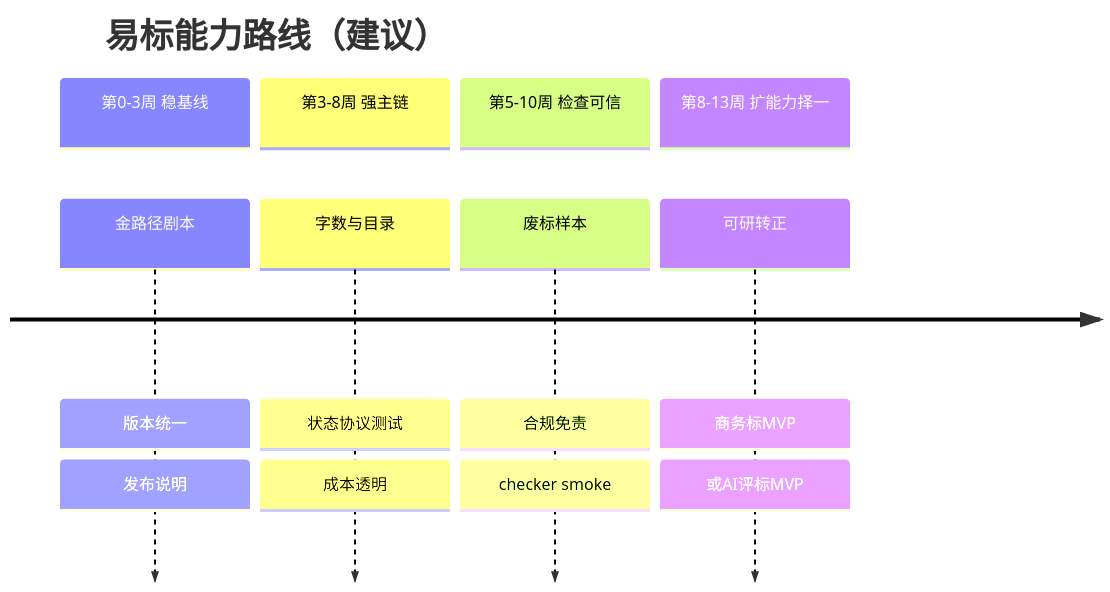
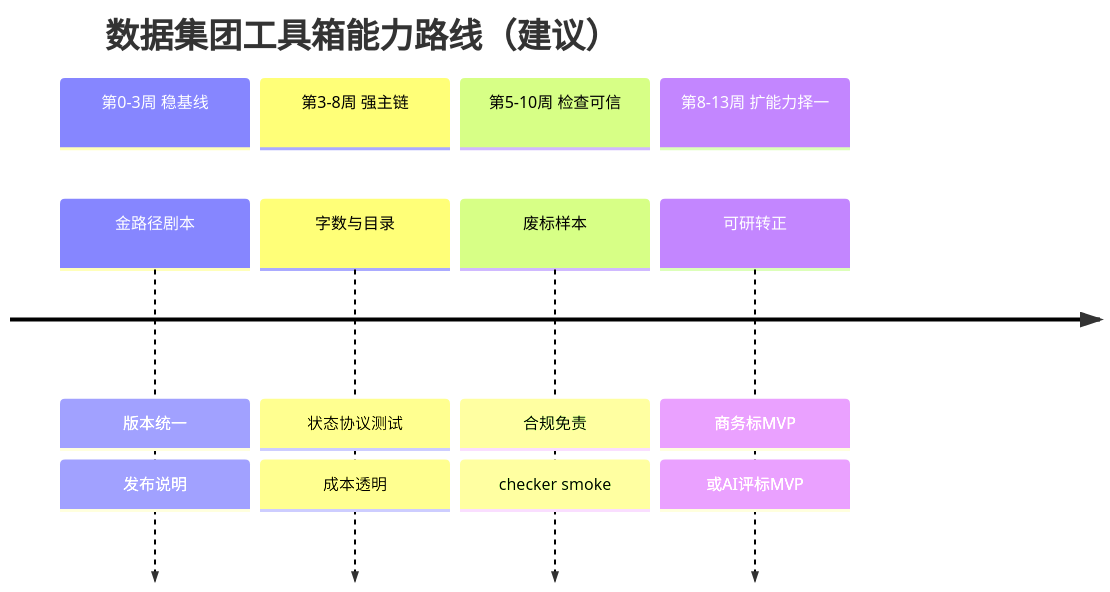
The diagram in 项目全景分析.md (Vbs313/OpenBidKit_Yibiao), drawn with Mermaid before and after one commit. The commit also changed other lines of this file and 40 other files, not shown here.

````diff
--- a/项目全景分析.md
+++ b/项目全景分析.md
@@ -538,12 +538,12 @@
 ```mermaid
 timeline
-    title 易标能力路线（建议）
+    title 数据集团工具箱能力路线（建议）
     section 第0-3周 稳基线
       金路径剧本 : 版本统一 : 发布说明
     section 第3-8周 强主链
       字数与目录 : 状态协议测试 : 成本透明
     section 第5-10周 检查可信
       废标样本 : 合规免责 : checker smoke
     section 第8-13周 扩能力择一
       可研转正 : 商务标MVP : 或AI评标MVP
 ```
````
